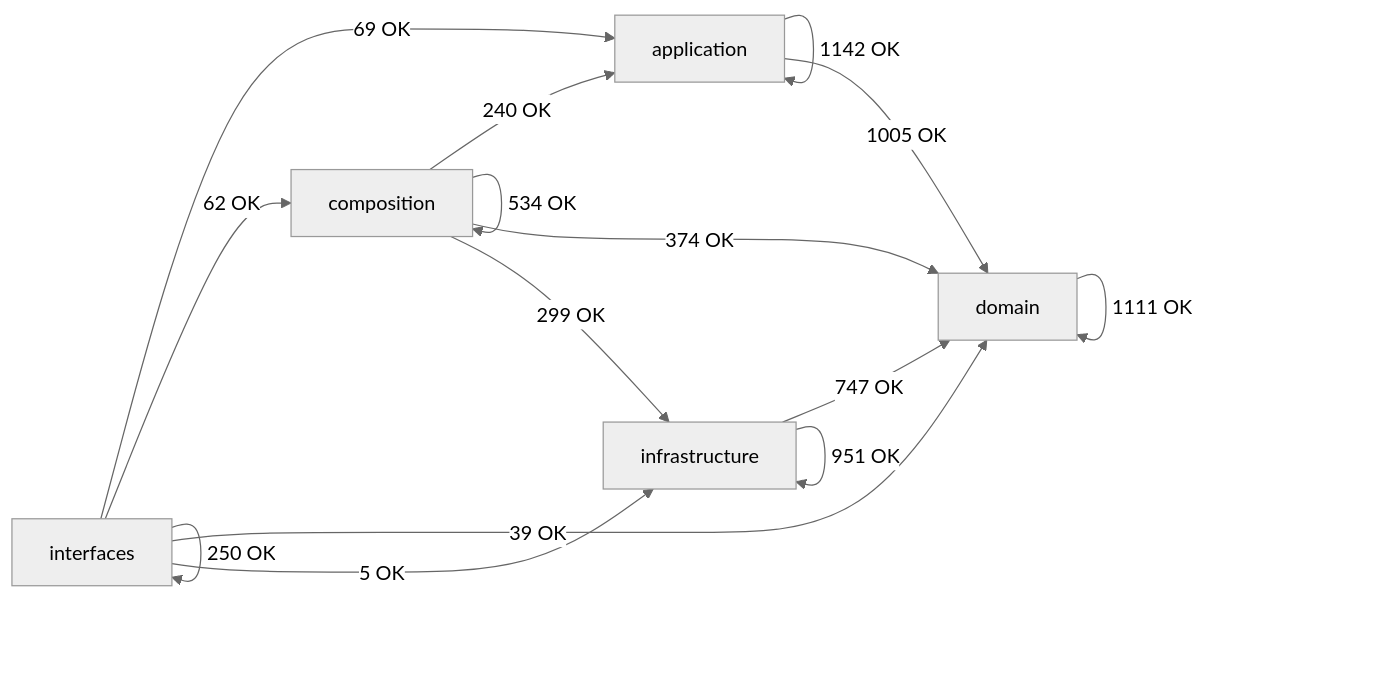
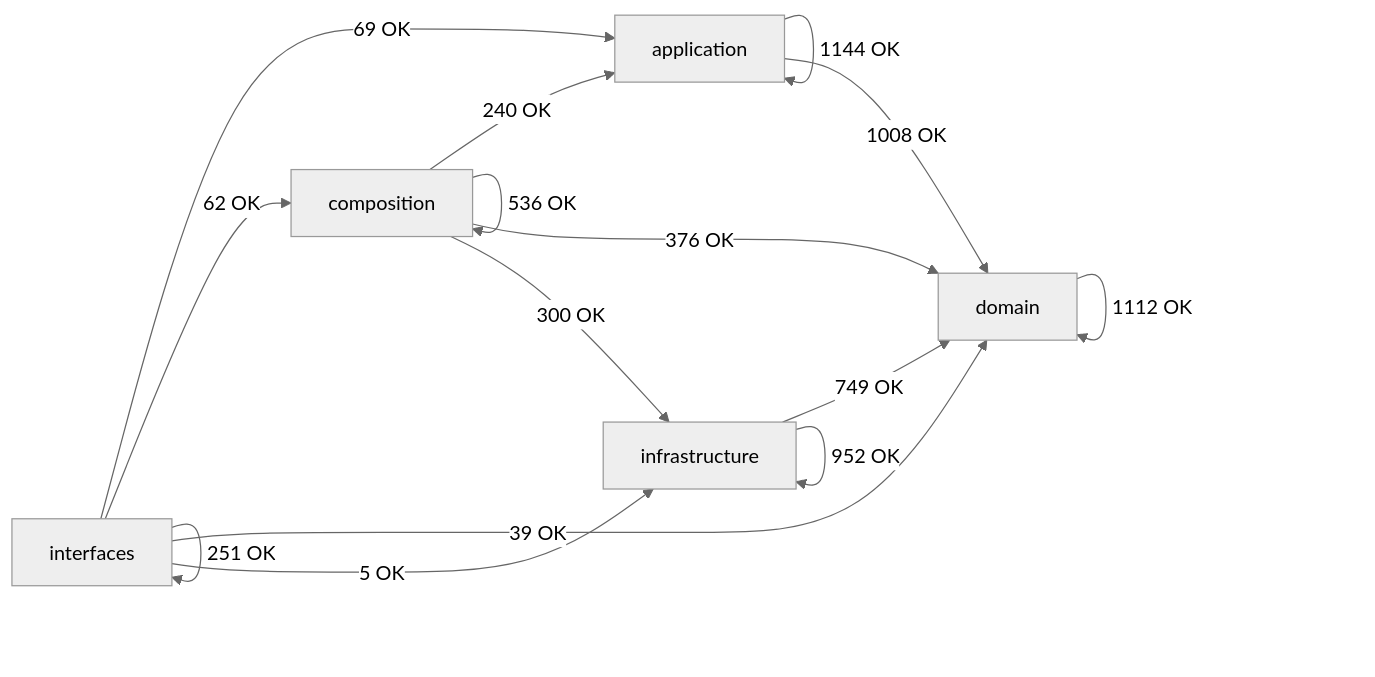
One commit to SatoryKono/BioactivityDataAcquisition changed the diagram in docs/02-architecture/generated/module-dependency-map.md. Above: the diagram before and after it, drawn with Mermaid (neutral theme). The commit also changed other lines of this file and 83 other files, not shown here.

````diff
--- a/docs/02-architecture/generated/module-dependency-map.md
+++ b/docs/02-architecture/generated/module-dependency-map.md
@@ -17,22 +17,22 @@
 ```mermaid
 flowchart LR
     domain[domain]
     application[application]
     infrastructure[infrastructure]
     composition[composition]
     interfaces[interfaces]
-    application -->|1142 OK| application
-    application -->|1005 OK| domain
+    application -->|1144 OK| application
+    application -->|1008 OK| domain
     composition -->|240 OK| application
-    composition -->|534 OK| composition
-    composition -->|374 OK| domain
-    composition -->|299 OK| infrastructure
-    domain -->|1111 OK| domain
-    infrastructure -->|747 OK| domain
-    infrastructure -->|951 OK| infrastructure
+    composition -->|536 OK| composition
+    composition -->|376 OK| domain
+    composition -->|300 OK| infrastructure
+    domain -->|1112 OK| domain
+    infrastructure -->|749 OK| domain
+    infrastructure -->|952 OK| infrastructure
     interfaces -->|69 OK| application
     interfaces -->|62 OK| composition
     interfaces -->|39 OK| domain
     interfaces -->|5 OK| infrastructure
-    interfaces -->|250 OK| interfaces
+    interfaces -->|251 OK| interfaces
 ```
````
